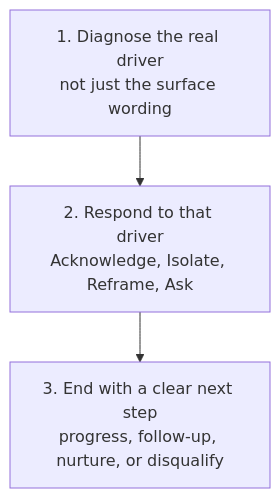
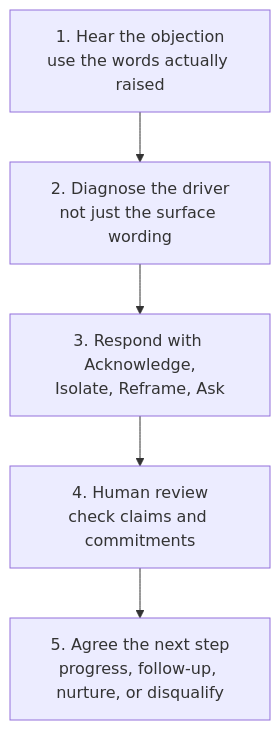
One commit to shaunmarsden/practical-ai-sales-workflows changed the diagram in workflows/05-objection-handling.md. Above: the diagram before and after it, drawn with Mermaid. The commit also changed other lines of this file, not shown here.

Commit message:
Improve objection workflow visual flow (#125)

````diff
--- a/workflows/05-objection-handling.md
+++ b/workflows/05-objection-handling.md
@@ -18,7 +22,9 @@
 ```mermaid
 flowchart TB
-    A["1. Diagnose the real driver<br/>not just the surface wording"]
-    B["2. Respond to that driver<br/>Acknowledge, Isolate, Reframe, Ask"]
-    C["3. End with a clear next step<br/>progress, follow-up, nurture, or disqualify"]
-    A --> B --> C
+    A["1. Hear the objection<br/>use the words actually raised"]
+    B["2. Diagnose the driver<br/>not just the surface wording"]
+    C["3. Respond with Acknowledge,<br/>Isolate, Reframe, Ask"]
+    D["4. Human review<br/>check claims and commitments"]
+    E["5. Agree the next step<br/>progress, follow-up, nurture, or disqualify"]
+    A --> B --> C --> D --> E
 ```
````
